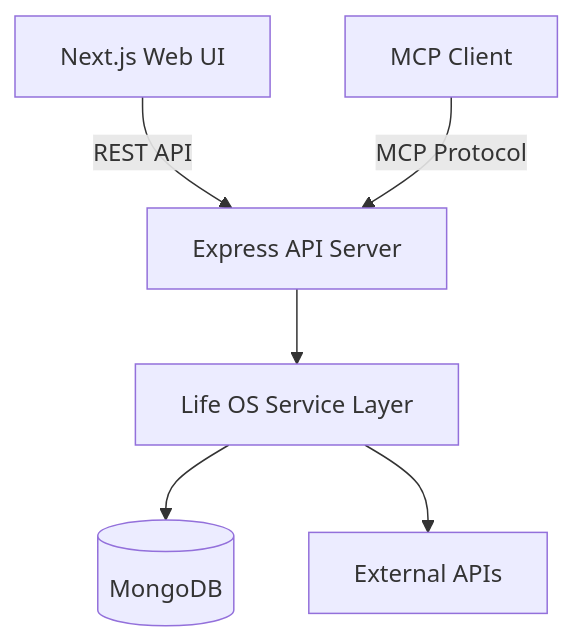
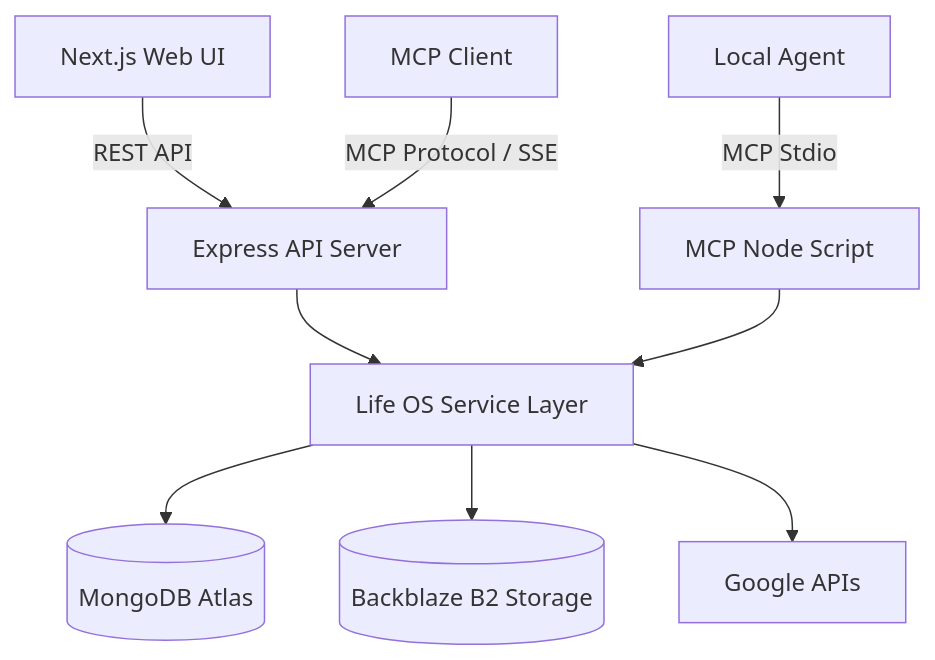
Before and after one commit to pavankumar-vh/life-os: the diagram in README.md, drawn with Mermaid. The commit also changed other lines of this file and 27 other files, not shown here.

````diff
--- a/README.md
+++ b/README.md
@@ -54,9 +44,13 @@
 ```mermaid
 graph TD
     UI[Next.js Web UI] -->|REST API| API[Express API Server]
-    Agent[MCP Client] -->|MCP Protocol| API
+    Agent[MCP Client] -->|MCP Protocol / SSE| API
+    CLI[Local Agent] -->|MCP Stdio| Local[MCP Node Script]
     
     API --> Services[Life OS Service Layer]
-    Services --> DB[(MongoDB)]
-    Services --> External[External APIs]
+    Local --> Services
+    
+    Services --> DB[(MongoDB Atlas)]
+    Services --> B2[(Backblaze B2 Storage)]
+    Services --> External[Google APIs]
 ```
````
